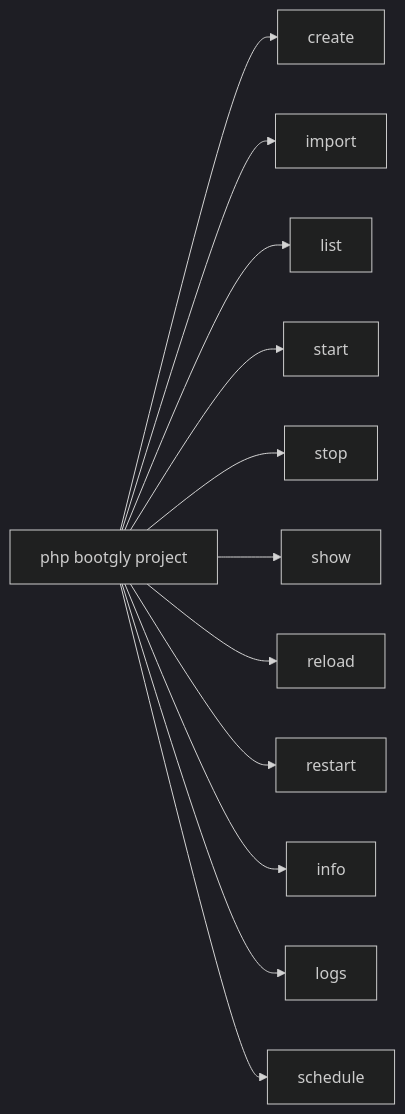
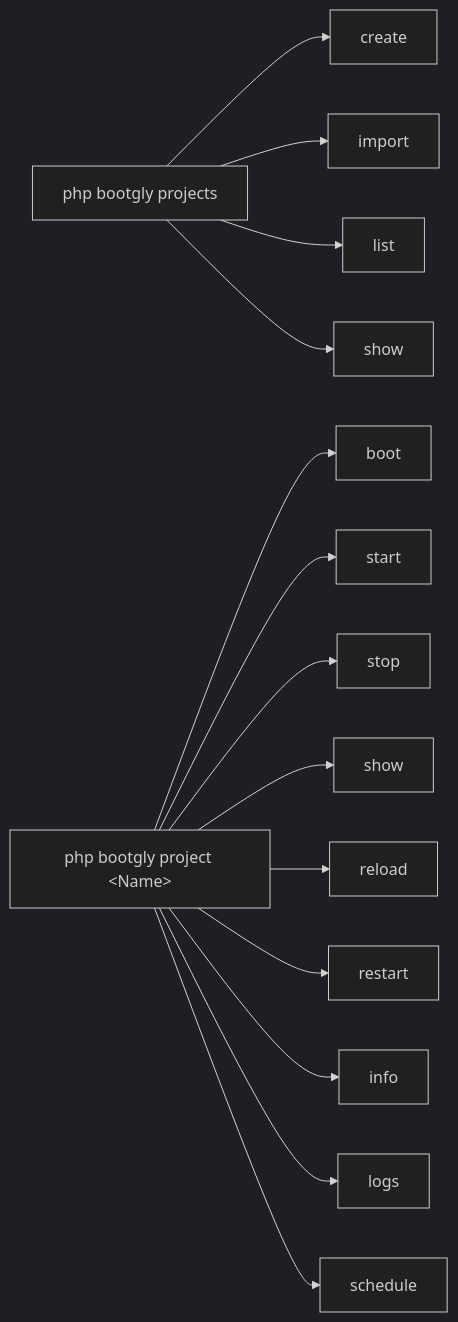
The first of 2 diagrams in src/pages/manual/Bootgly/essential/projects.overview.en-US.md (bootgly/bootgly_docs), drawn with Mermaid (dark theme) before and after one commit. The commit also changed other lines of this file and 23 other files, not shown here.

````diff
--- a/src/pages/manual/Bootgly/essential/projects.overview.en-US.md
+++ b/src/pages/manual/Bootgly/essential/projects.overview.en-US.md
@@ -134,15 +134,18 @@
 ```mermaid
 graph LR
-  project["php bootgly project"]
-  project --> create["create"]
-  project --> import["import"]
-  project --> list["list"]
+  projects["php bootgly projects"]
+  projects --> create["create"]
+  projects --> import["import"]
+  projects --> list["list"]
+  projects --> ps["show"]
+  project["php bootgly project &lt;Name&gt;"]
+  project --> boot["boot"]
   project --> start["start"]
   project --> stop["stop"]
   project --> show["show"]
   project --> reload["reload"]
   project --> restart["restart"]
   project --> info["info"]
   project --> logs["logs"]
   project --> schedule["schedule"]
 ```
````
